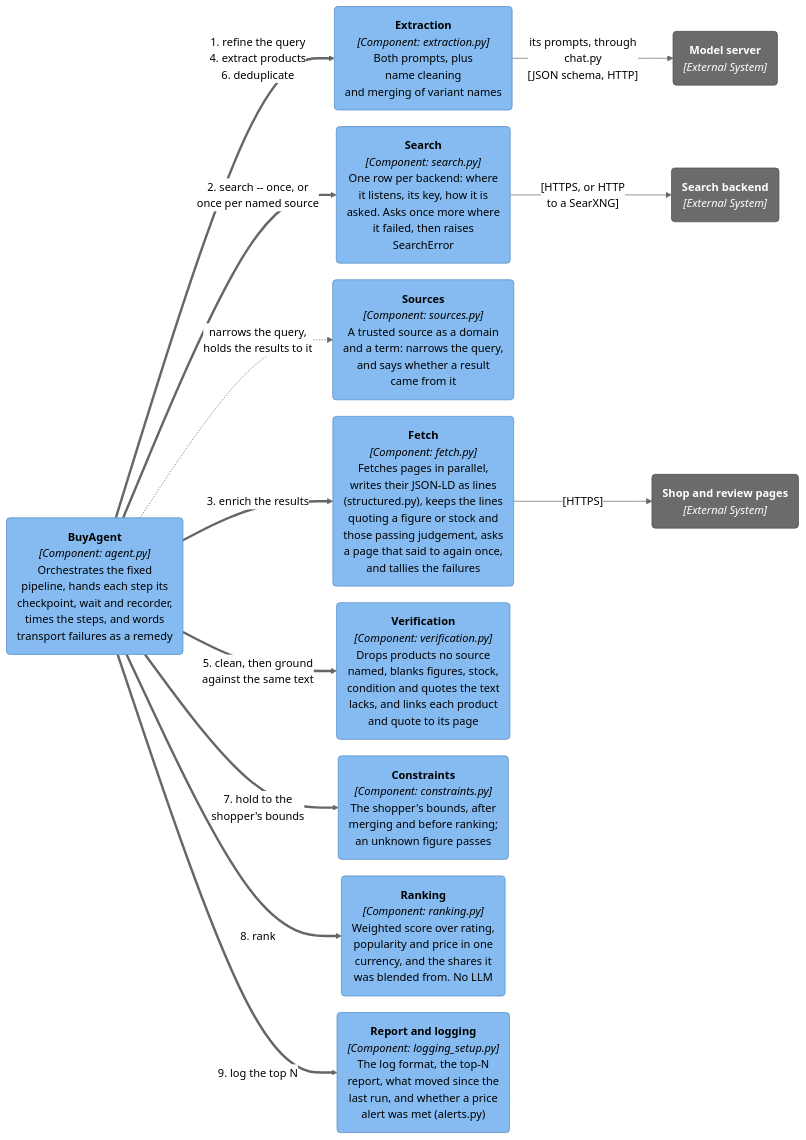
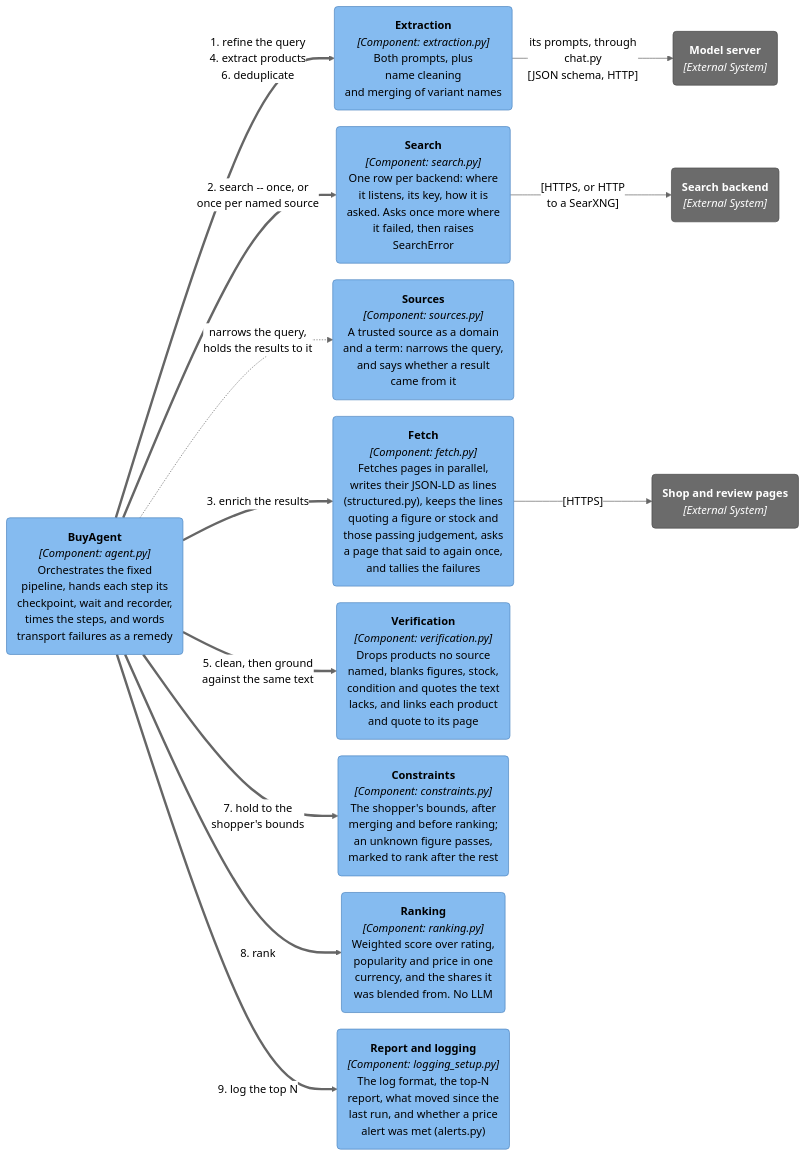
One commit to adamw7/buy_agent changed the fifth of 11 diagrams in docs/architecture.md. Above: the diagram before and after it, drawn with Mermaid (neutral theme). The commit also changed other lines of this file and 50 other files, not shown here.

````diff
--- a/docs/architecture.md
+++ b/docs/architecture.md
@@ -239,41 +239,41 @@
 ```mermaid
 ---
 config:
   flowchart:
     wrappingWidth: 400
     nodeSpacing: 24
     rankSpacing: 40
 ---
 graph LR
     agent("<b>BuyAgent</b><br/><i>[Component: agent.py]</i><br/>Orchestrates the fixed<br/>pipeline, hands each step its<br/>checkpoint, wait and recorder,<br/>times the steps, and words<br/>transport failures as a remedy")
     extraction("<b>Extraction</b><br/><i>[Component: extraction.py]</i><br/>Both prompts, plus<br/>name cleaning<br/>and merging of variant names")
     search("<b>Search</b><br/><i>[Component: search.py]</i><br/>One row per backend: where<br/>it listens, its key, how it is<br/>asked. Asks once more where<br/>it failed, then raises<br/>SearchError")
     sources("<b>Sources</b><br/><i>[Component: sources.py]</i><br/>A trusted source as a domain<br/>and a term: narrows the query,<br/>and says whether a result<br/>came from it")
     fetch("<b>Fetch</b><br/><i>[Component: fetch.py]</i><br/>Fetches pages in parallel,<br/>writes their JSON-LD as lines<br/>(structured.py), keeps the lines<br/>quoting a figure or stock and<br/>those passing judgement, asks<br/>a page that said to again once,<br/>and tallies the failures")
     verification("<b>Verification</b><br/><i>[Component: verification.py]</i><br/>Drops products no source<br/>named, blanks figures, stock,<br/>condition and quotes the text<br/>lacks, and links each product<br/>and quote to its page")
-    constraints("<b>Constraints</b><br/><i>[Component: constraints.py]</i><br/>The shopper's bounds, after<br/>merging and before ranking;<br/>an unknown figure passes")
+    constraints("<b>Constraints</b><br/><i>[Component: constraints.py]</i><br/>The shopper's bounds, after<br/>merging and before ranking;<br/>an unknown figure passes,<br/>marked to rank after the rest")
     ranking("<b>Ranking</b><br/><i>[Component: ranking.py]</i><br/>Weighted score over rating,<br/>popularity and price in one<br/>currency, and the shares it<br/>was blended from. No LLM")
     logsetup("<b>Report and logging</b><br/><i>[Component: logging_setup.py]</i><br/>The log format, the top-N<br/>report, what moved since the<br/>last run, and whether a price<br/>alert was met (alerts.py)")
 
     ollama("<b>Model server</b><br/><i>[External System]</i>")
     ddg("<b>Search backend</b><br/><i>[External System]</i>")
     shops("<b>Shop and review pages</b><br/><i>[External System]</i>")
 
     agent ==>|"1. refine the query<br/>4. extract products<br/>6. deduplicate"| extraction
     agent ==>|"2. search -- once, or<br/>once per named source"| search
     agent -.->|"narrows the query,<br/>holds the results to it"| sources
     agent ==>|"3. enrich the results"| fetch
     agent ==>|"5. clean, then ground<br/>against the same text"| verification
     agent ==>|"7. hold to the<br/>shopper's bounds"| constraints
     agent ==>|"8. rank"| ranking
     agent ==>|"9. log the top N"| logsetup
 
     extraction -->|"its prompts, through<br/>chat.py<br/>[JSON schema, HTTP]"| ollama
     search -->|"[HTTPS, or HTTP<br/>to a SearXNG]"| ddg
     fetch -->|"[HTTPS]"| shops
 
     classDef component fill:#85bbf0,stroke:#4f86c0,color:#000
     classDef external fill:#6b6b6b,stroke:#4d4d4d,color:#fff
     class agent,extraction,search,sources,fetch,verification,constraints,ranking,logsetup component
     class ollama,ddg,shops external
 ```
````
